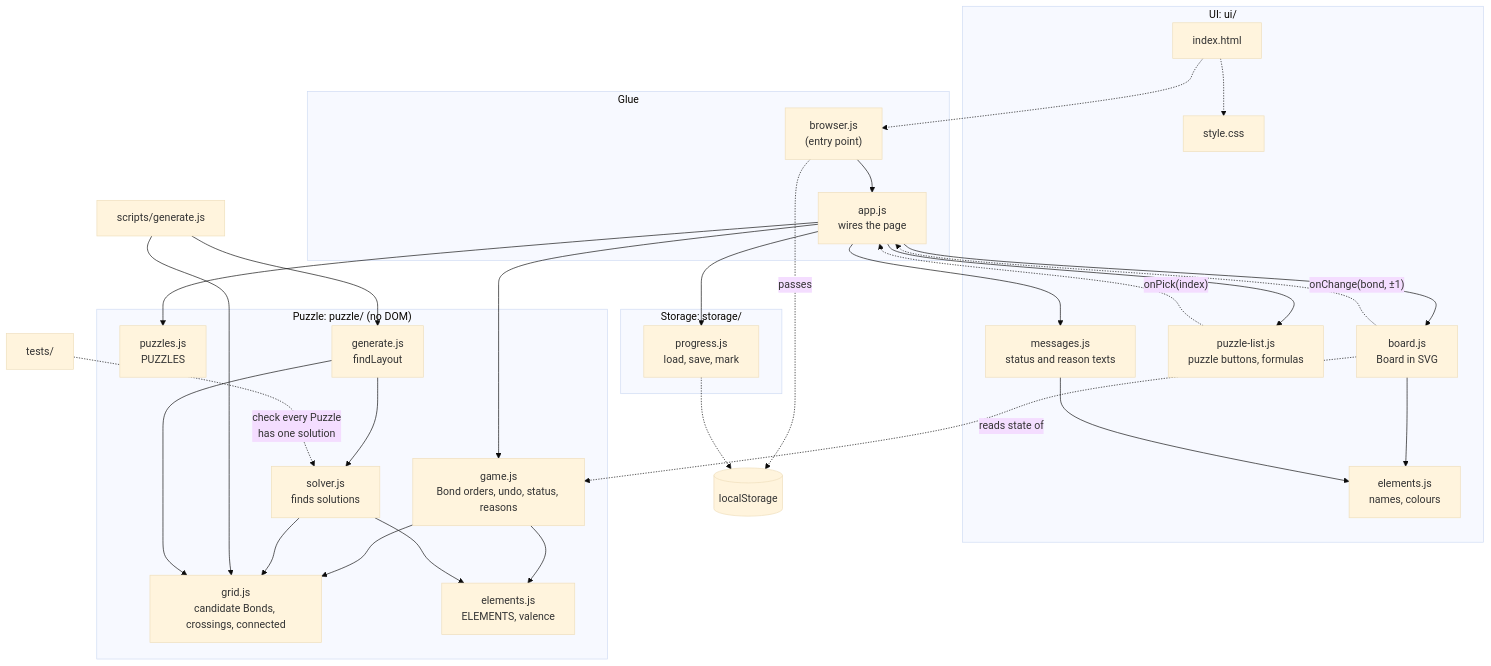
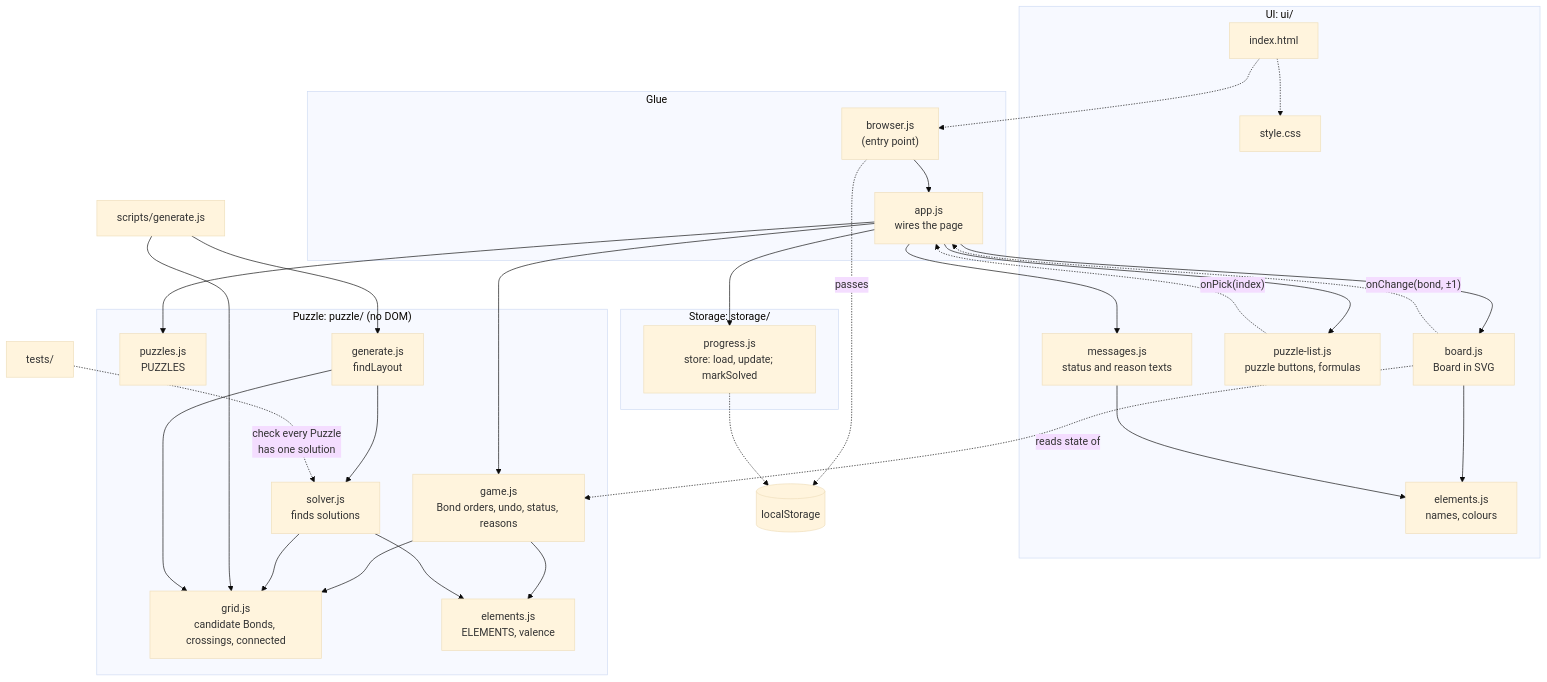
Before and after one commit to treetopbottle/molecuzzle: the diagram in README.md, drawn with Mermaid (base theme). The commit also changed 2 other files, not shown here.

Commit message:
feat: createProgressStore, in place of loadProgress and saveProgress
app.js loads and updates Progress through it.

````diff
--- a/README.md
+++ b/README.md
@@ -54,64 +54,64 @@
 ```mermaid
 flowchart TD
   subgraph glue["Glue"]
     browser["browser.js<br/>(entry point)"]
     app["app.js<br/>wires the page"]
   end
 
   subgraph ui["UI: ui/"]
     html["index.html"]
     css["style.css"]
     board["board.js<br/>Board in SVG"]
     list["puzzle-list.js<br/>puzzle buttons, formulas"]
     messages["messages.js<br/>status and reason texts"]
     looks["elements.js<br/>names, colours"]
   end
 
   subgraph puzzle["Puzzle: puzzle/ (no DOM)"]
     puzzles["puzzles.js<br/>PUZZLES"]
     game["game.js<br/>Bond orders, undo, status, reasons"]
     grid["grid.js<br/>candidate Bonds, crossings, connected"]
     solver["solver.js<br/>finds solutions"]
     gen["generate.js<br/>findLayout"]
     elements["elements.js<br/>ELEMENTS, valence"]
   end
 
   subgraph storage["Storage: storage/"]
-    progress["progress.js<br/>load, save, mark"]
+    progress["progress.js<br/>store: load, update; markSolved"]
   end
 
   local[("localStorage")]
   generate["scripts/generate.js"]
   tests["tests/"]
 
   html -.-> css
   html -.-> browser
   browser --> app
   browser -. "passes" .-> local
 
   app --> puzzles
   app --> game
   app --> board
   app --> list
   app --> messages
   app --> progress
 
   board --> looks
   messages --> looks
   board -. "onChange(bond, ±1)" .-> app
   board -. "reads state of" .-> game
   list -. "onPick(index)" .-> app
 
   game --> elements
   game --> grid
   solver --> elements
   solver --> grid
 
   progress -.-> local
 
   generate --> gen
   generate --> grid
   gen --> grid
   gen --> solver
   tests -. "check every Puzzle<br/>has one solution" .-> solver
 ```
````
